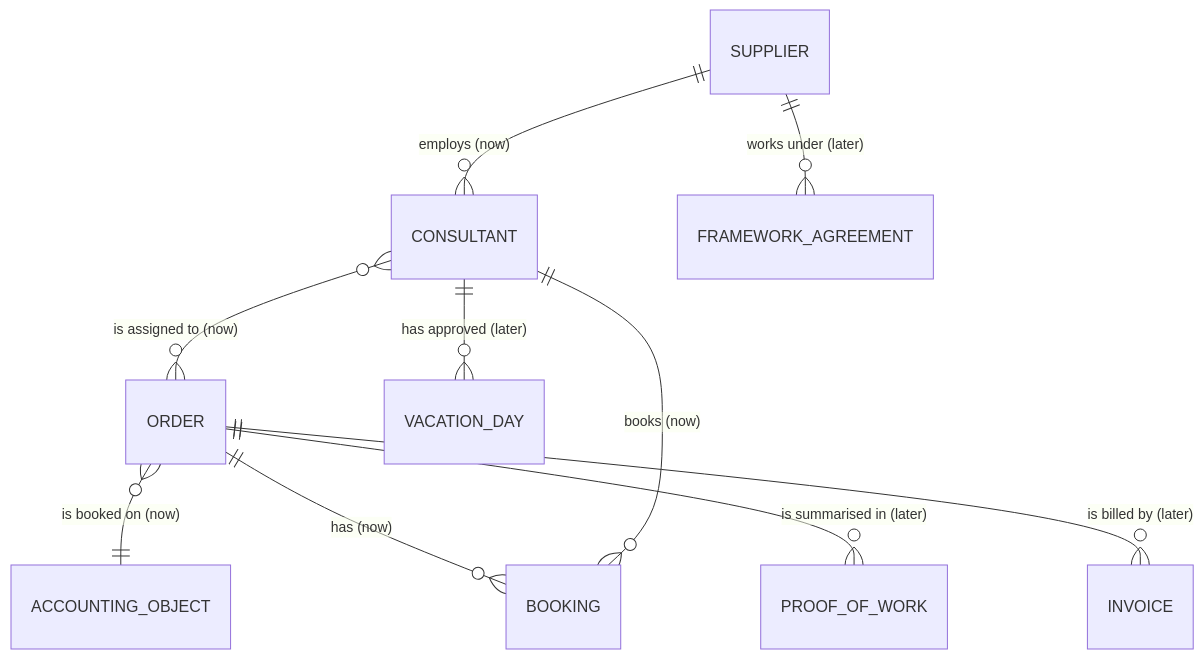
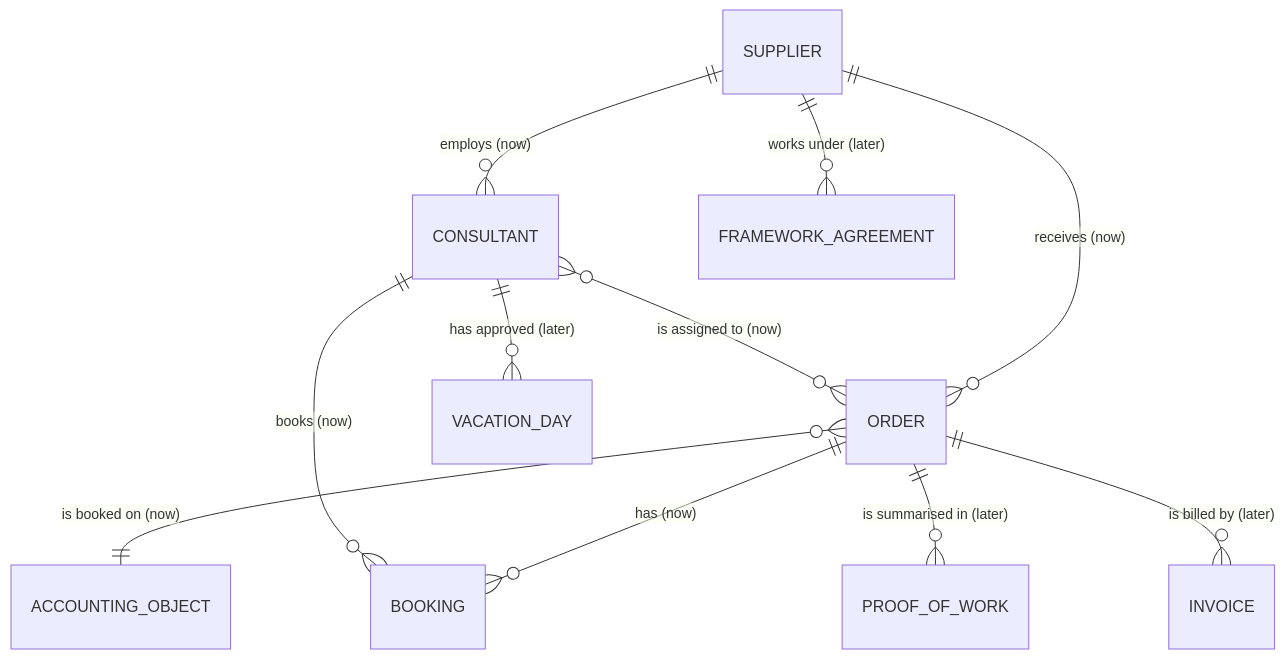
Before and after one commit to bayorwor/last-worche: the diagram in docs/domain.md, drawn with Mermaid. The commit also changed 34 other files, not shown here.

Commit message:
feat: show purchasing real totals per supplier and order

````diff
--- a/docs/domain.md
+++ b/docs/domain.md
@@ -24,12 +24,13 @@
 ```mermaid
 erDiagram
     SUPPLIER ||--o{ CONSULTANT : "employs (now)"
+    SUPPLIER ||--o{ ORDER : "receives (now)"
     ORDER }o--|| ACCOUNTING_OBJECT : "is booked on (now)"
     CONSULTANT }o--o{ ORDER : "is assigned to (now)"
     ORDER ||--o{ BOOKING : "has (now)"
     CONSULTANT ||--o{ BOOKING : "books (now)"
     ORDER ||--o{ PROOF_OF_WORK : "is summarised in (later)"
     SUPPLIER ||--o{ FRAMEWORK_AGREEMENT : "works under (later)"
     ORDER ||--o{ INVOICE : "is billed by (later)"
     CONSULTANT ||--o{ VACATION_DAY : "has approved (later)"
 ```
````
